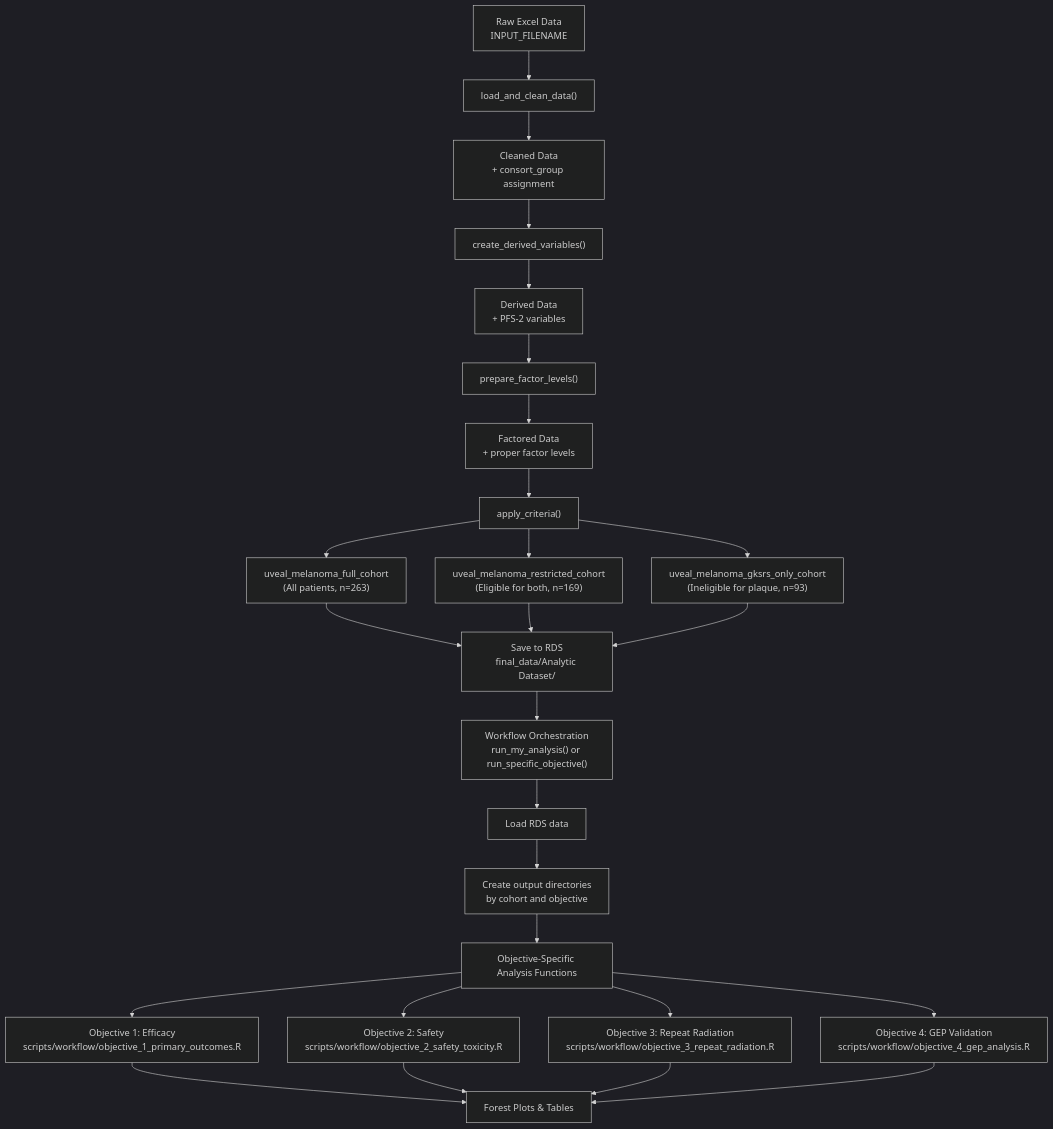
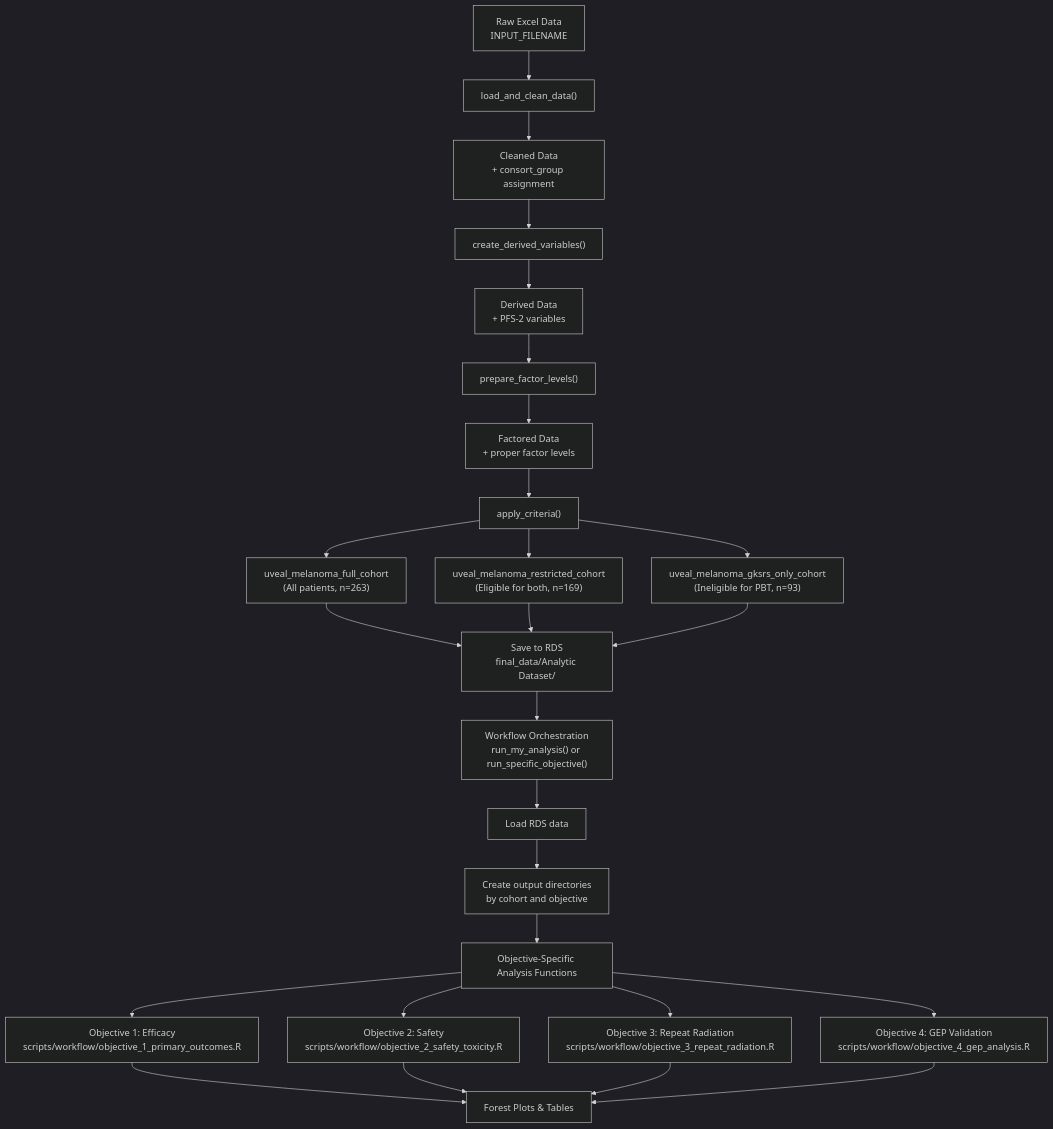
One commit to nicholas-camarda/uveal_melanoma changed the diagram in README.md. Above: the diagram before and after it, drawn with Mermaid (dark theme). The commit also changed other lines of this file and 17 other files, not shown here.

````diff
--- a/README.md
+++ b/README.md
@@ -75,33 +75,33 @@
 ```mermaid
 flowchart TD
     A["Raw Excel Data<br/>INPUT_FILENAME"] --> B["load_and_clean_data()"]
     B --> C["Cleaned Data<br/>+ consort_group assignment"]
     C --> D["create_derived_variables()"]
     D --> E["Derived Data<br/>+ PFS-2 variables"]
     E --> F["prepare_factor_levels()"]
     F --> G["Factored Data<br/>+ proper factor levels"]
     G --> H["apply_criteria()"]
     
     H --> I["uveal_melanoma_full_cohort<br/>(All patients, n=263)"]
     H --> J["uveal_melanoma_restricted_cohort<br/>(Eligible for both, n=169)"]
-    H --> K["uveal_melanoma_gksrs_only_cohort<br/>(Ineligible for plaque, n=93)"]
+    H --> K["uveal_melanoma_gksrs_only_cohort<br/>(Ineligible for PBT, n=93)"]
     
     I --> L["Save to RDS<br/>final_data/Analytic Dataset/"]
     J --> L
     K --> L
     
     L --> M["Workflow Orchestration<br/>run_my_analysis() or run_specific_objective()"]
     M --> N["Load RDS data"]
     N --> O["Create output directories<br/>by cohort and objective"]
     O --> P["Objective-Specific Analysis Functions"]
     
     P --> Q["Objective 1: Efficacy<br/>scripts/workflow/objective_1_primary_outcomes.R"]
     P --> R["Objective 2: Safety<br/>scripts/workflow/objective_2_safety_toxicity.R"]
     P --> S["Objective 3: Repeat Radiation<br/>scripts/workflow/objective_3_repeat_radiation.R"]
     P --> T["Objective 4: GEP Validation<br/>scripts/workflow/objective_4_gep_analysis.R"]
     
     Q --> U["Forest Plots & Tables"]
     R --> U
     S --> U
     T --> U
 ```
````
